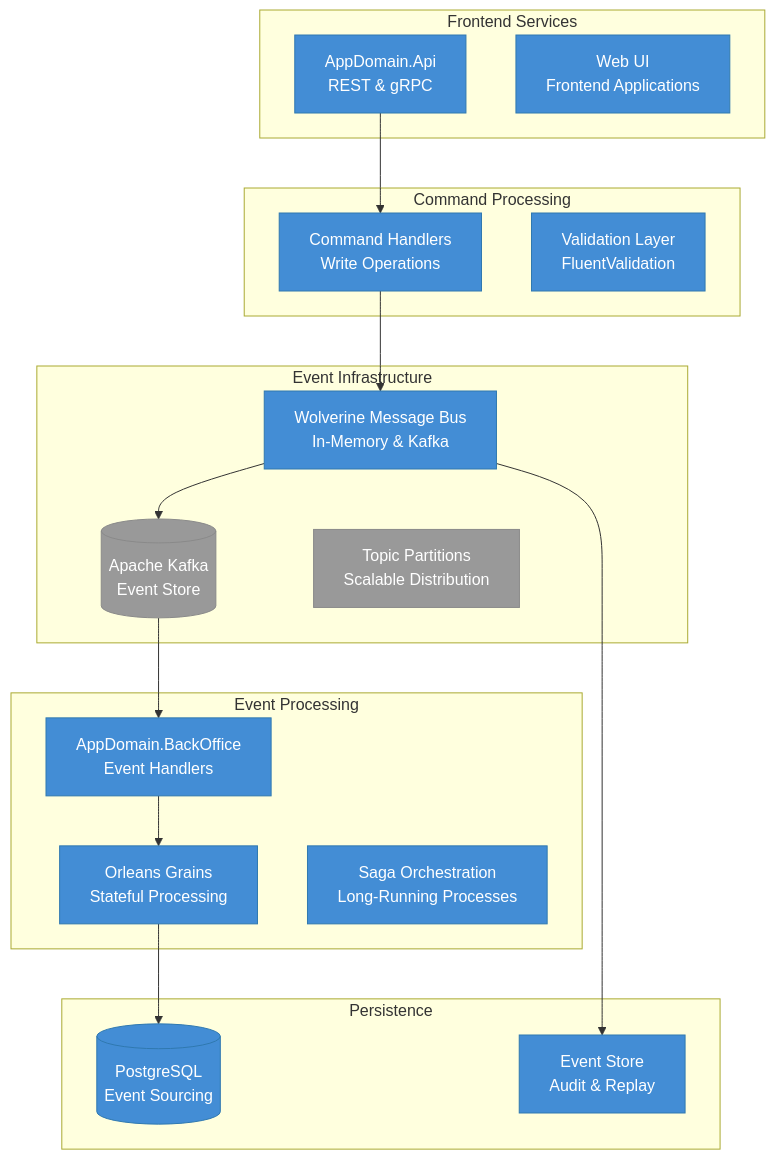
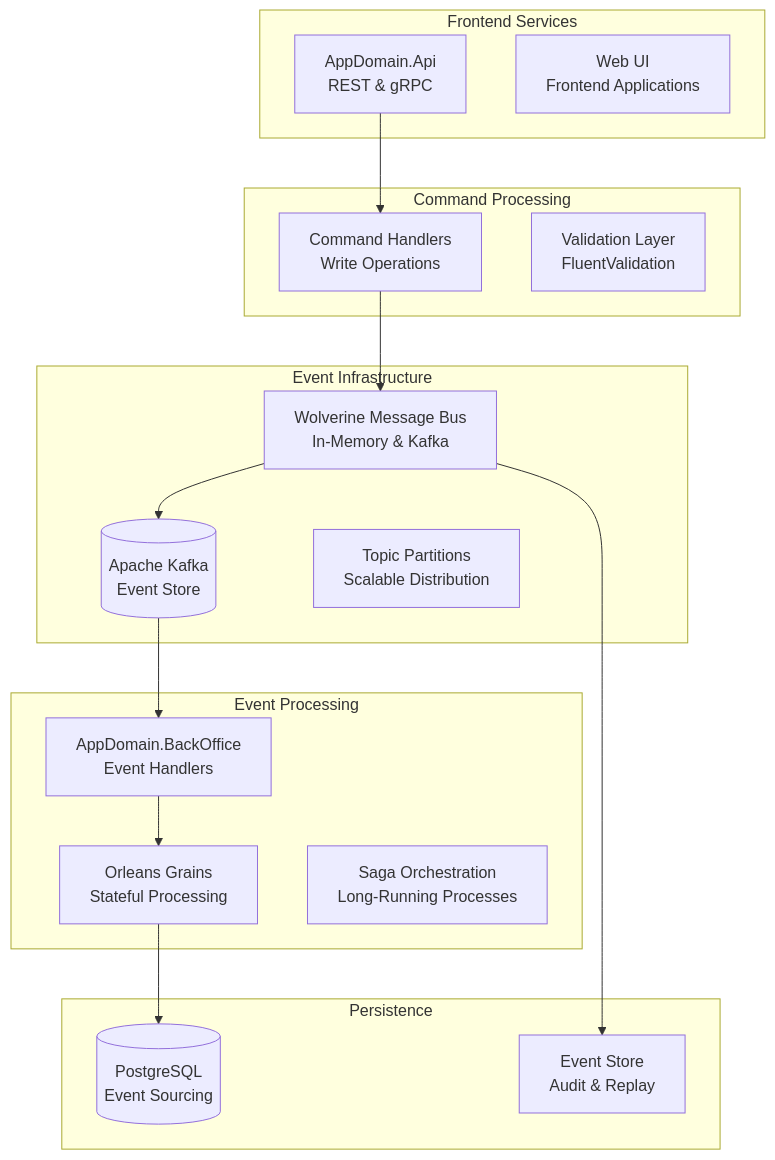
Before and after one commit to vgmello/momentum: the diagram in docs/arch/events.md, drawn with Mermaid. The commit also changed 4 other files, not shown here.

Commit message:
Update documentation: remove unused class definitions from diagrams and add Playwright MCP screenshots/traces to .gitignore

````diff
--- a/docs/arch/events.md
+++ b/docs/arch/events.md
@@ -13,44 +13,37 @@
 ```mermaid
 graph TB
     subgraph "Frontend Services"
         API[AppDomain.Api<br/>REST & gRPC]
         WebUI[Web UI<br/>Frontend Applications]
     end
 
     subgraph "Command Processing"
         Commands[Command Handlers<br/>Write Operations]
         Validation[Validation Layer<br/>FluentValidation]
     end
 
     subgraph "Event Infrastructure"
         EventBus[Wolverine Message Bus<br/>In-Memory & Kafka]
         Kafka[(Apache Kafka<br/>Event Store)]
         Topics[Topic Partitions<br/>Scalable Distribution]
     end
 
     subgraph "Event Processing"
         BackOffice[AppDomain.BackOffice<br/>Event Handlers]
         Orleans[Orleans Grains<br/>Stateful Processing]
         Saga[Saga Orchestration<br/>Long-Running Processes]
     end
 
     subgraph "Persistence"
         Database[(PostgreSQL<br/>Event Sourcing)]
         EventStore[Event Store<br/>Audit & Replay]
     end
 
     API --> Commands
     Commands --> EventBus
     EventBus --> Kafka
     Kafka --> BackOffice
     BackOffice --> Orleans
     Orleans --> Database
     EventBus --> EventStore
-
-    classDef container fill:#438dd5,stroke:#3079b0,color:#ffffff
-    classDef external fill:#999999,stroke:#8a8a8a,color:#ffffff
-    classDef person fill:#08427b,stroke:#052e56,color:#ffffff
-
-    class API,WebUI,Commands,Validation,EventBus,BackOffice,Orleans,Saga,Database,EventStore container
-    class Kafka,Topics external
 ```
````
